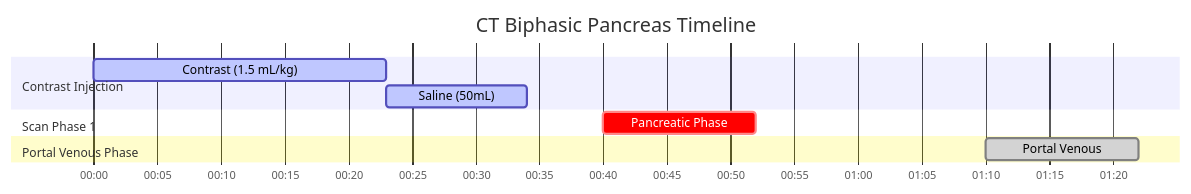
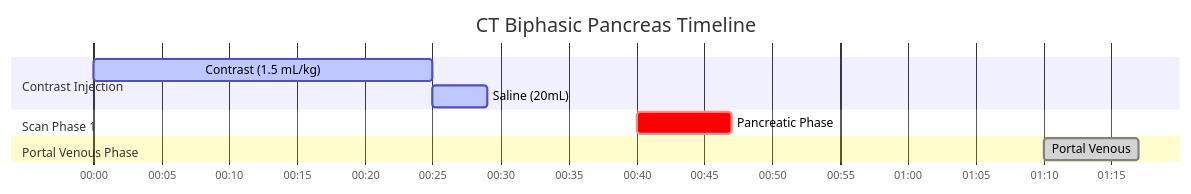
The diagram in docs/ct/abdomen/ct-biphasic-pancreas.md (dfergs93/radiology-protocols), drawn with Mermaid before and after one commit. The commit also changed other lines of this file and 113 other files, not shown here.

````diff
--- a/docs/ct/abdomen/ct-biphasic-pancreas.md
+++ b/docs/ct/abdomen/ct-biphasic-pancreas.md
@@ -85,18 +85,18 @@
   ```mermaid
   ---
   config:
     theme: default
   ---
     gantt
       title CT Biphasic Pancreas Timeline
       dateFormat mm:ss
       axisFormat %M:%S 
       
       section Contrast Injection
-      Contrast (1.5 mL/kg)    :active, contrast, 00:00, 23s
-      Saline (50mL)          :active, saline, after contrast, 11s
+      Contrast (1.5 mL/kg)    :active, contrast, 00:00, 25s
+      Saline (20mL)          :active, saline, after contrast, 4s
       section Scan Phase 1
-      Pancreatic Phase    :crit, scan1, 00:40, 12s
+      Pancreatic Phase    :crit, scan1, 00:40, 7s
       section Portal Venous Phase
-      Portal Venous    :done, scan2, 01:10, 12s
+      Portal Venous    :done, scan2, 01:10, 7s
   ```
````
